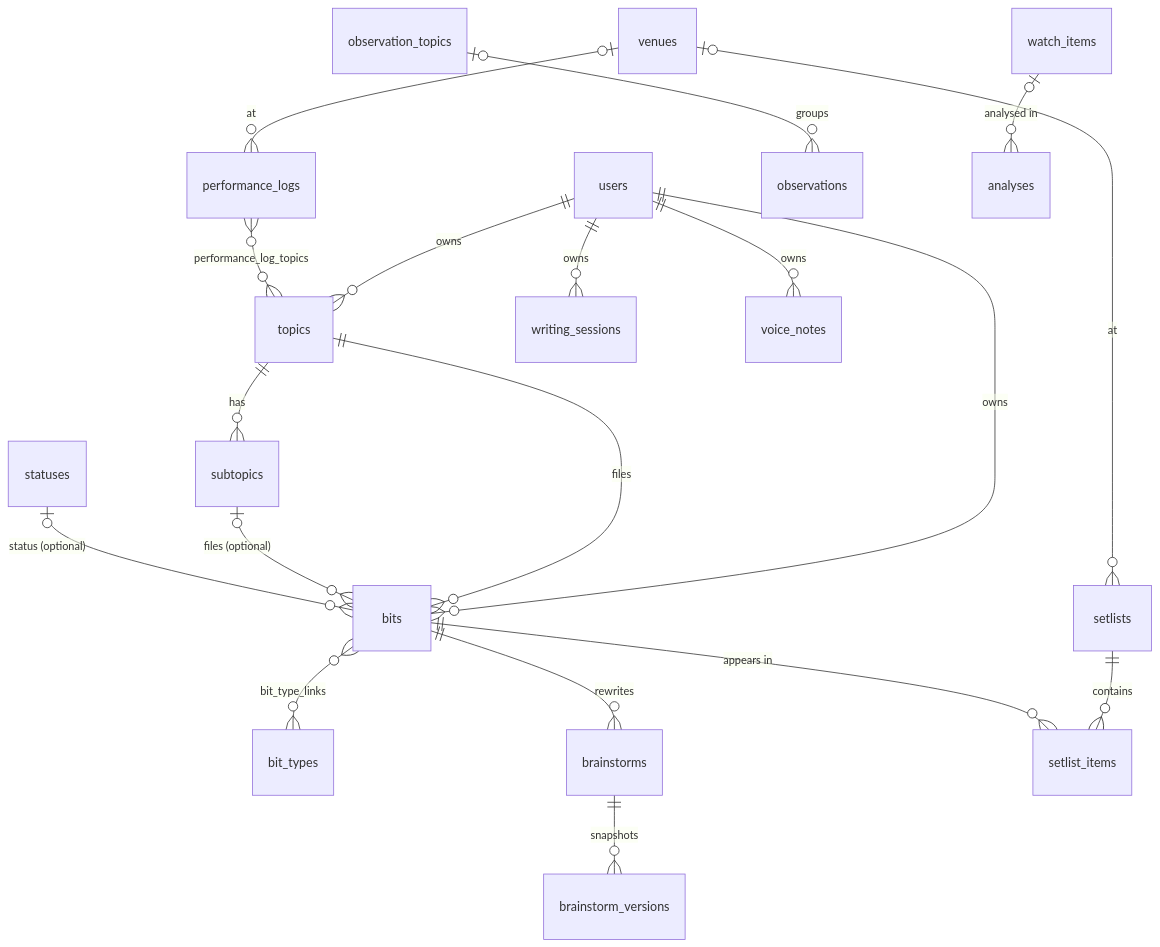
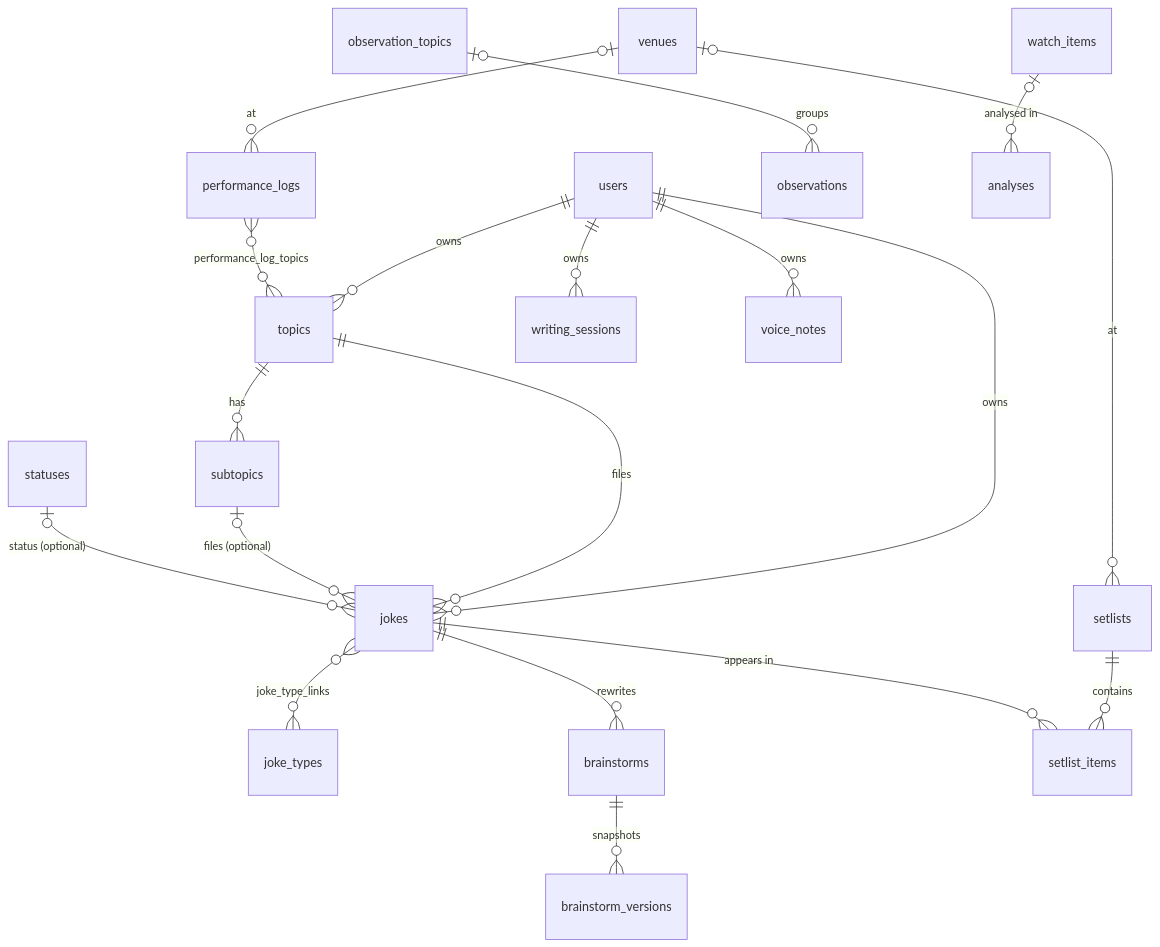
One commit to s-samarth/joke-box changed the diagram in docs/data-model.md. Above: the diagram before and after it, drawn with Mermaid. The commit also changed other lines of this file and 160 other files, not shown here.

First line of the commit message:
refactor!: call them jokes everywhere, not bits (#54)

````diff
--- a/docs/data-model.md
+++ b/docs/data-model.md
@@ -26,21 +26,21 @@
 ```mermaid
 erDiagram
   users ||--o{ topics : owns
-  users ||--o{ bits : owns
+  users ||--o{ jokes : owns
   topics ||--o{ subtopics : has
-  topics ||--o{ bits : files
-  subtopics |o--o{ bits : "files (optional)"
-  statuses |o--o{ bits : "status (optional)"
-  bits }o--o{ bit_types : bit_type_links
-  bits ||--o{ brainstorms : rewrites
+  topics ||--o{ jokes : files
+  subtopics |o--o{ jokes : "files (optional)"
+  statuses |o--o{ jokes : "status (optional)"
+  jokes }o--o{ joke_types : joke_type_links
+  jokes ||--o{ brainstorms : rewrites
   brainstorms ||--o{ brainstorm_versions : snapshots
   setlists ||--o{ setlist_items : contains
-  bits ||--o{ setlist_items : "appears in"
+  jokes ||--o{ setlist_items : "appears in"
   venues |o--o{ setlists : at
   venues |o--o{ performance_logs : at
   performance_logs }o--o{ topics : performance_log_topics
   observation_topics |o--o{ observations : groups
   watch_items |o--o{ analyses : "analysed in"
   users ||--o{ writing_sessions : owns
   users ||--o{ voice_notes : owns
 ```
````
